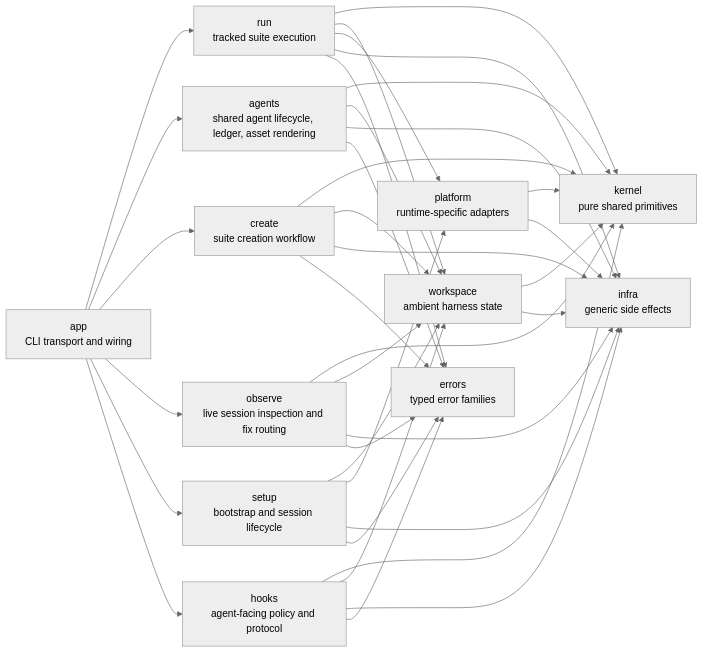
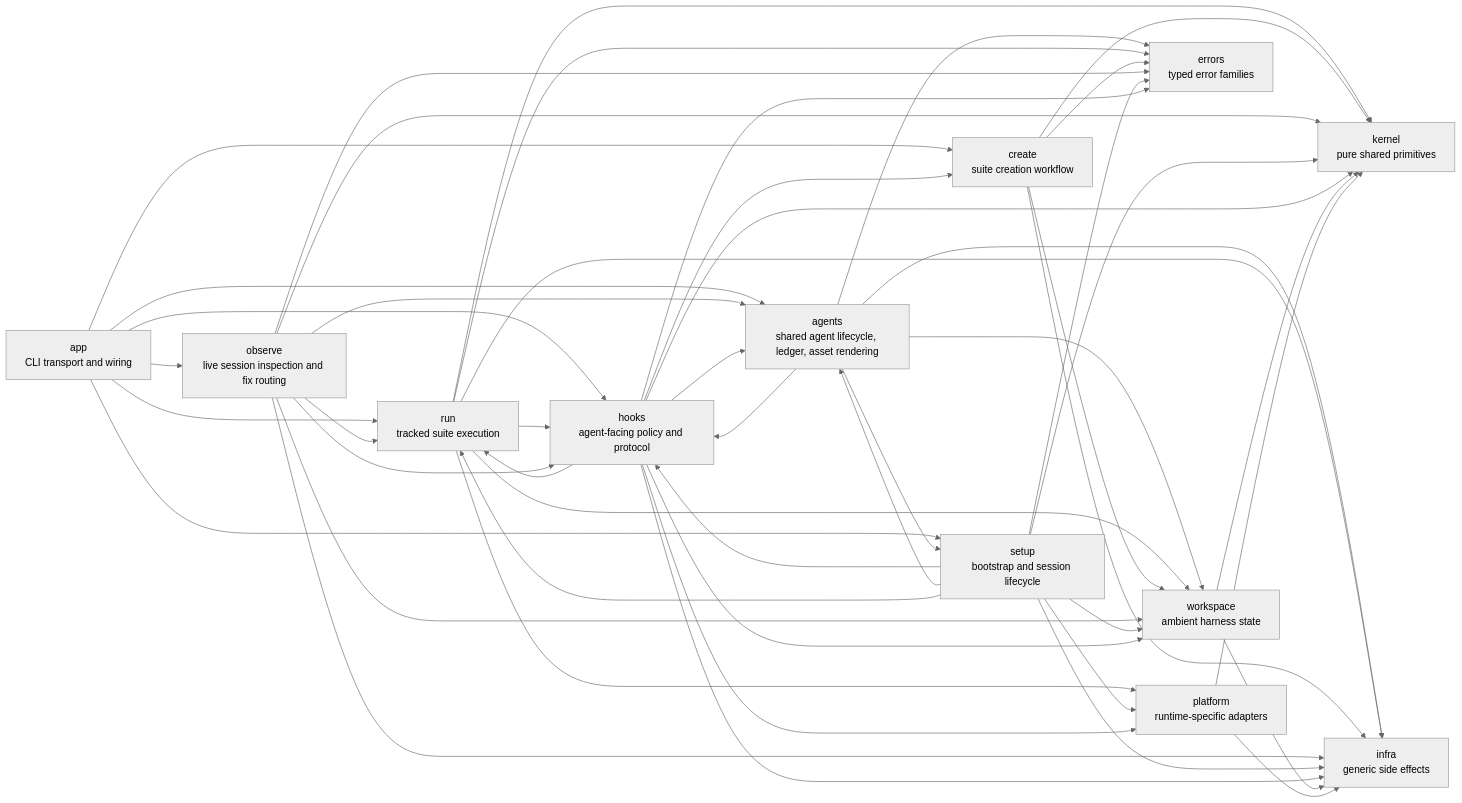
Before and after one commit to smykla-skalski/harness: the first of 3 diagrams in ARCHITECTURE.md, drawn with Mermaid (neutral theme). The commit also changed other lines of this file and 1 other file, not shown here.

Commit message:
docs(readme): rewrite with full command surface
README rewritten to document all 22 run subcommands, 4 observe
modes, gateway setup, agents lifecycle API, hook guards with the
actual denied binary list, runtime backend selection, and proper
XDG storage paths. Replaces the simplified "most people only need"
view with the complete picture.

ARCHITECTURE dependency diagram updated to match actual crate
imports: added 12 missing cross-domain arrows, removed 1 wrong
arrow (agents->kernel). Rules section now documents the
kernel->workspace violation and cross-domain read patterns.

````diff
--- a/ARCHITECTURE.md
+++ b/ARCHITECTURE.md
@@ -9,60 +9,73 @@
 ```mermaid
 flowchart LR
     App["app\nCLI transport and wiring"]
 
     Agents["agents\nshared agent lifecycle, ledger, asset rendering"]
     Run["run\ntracked suite execution"]
     Create["create\nsuite creation workflow"]
     Observe["observe\nlive session inspection and fix routing"]
     Setup["setup\nbootstrap and session lifecycle"]
     Hooks["hooks\nagent-facing policy and protocol"]
 
     Kernel["kernel\npure shared primitives"]
     Workspace["workspace\nambient harness state"]
     Platform["platform\nruntime-specific adapters"]
     Infra["infra\ngeneric side effects"]
     Errors["errors\ntyped error families"]
 
     App --> Run
     App --> Agents
     App --> Create
     App --> Observe
     App --> Setup
     App --> Hooks
 
-    Agents --> Kernel
+    Agents --> Hooks
+    Agents --> Setup
     Agents --> Workspace
     Agents --> Infra
     Agents --> Errors
 
+    Run --> Hooks
     Run --> Kernel
     Run --> Workspace
     Run --> Platform
     Run --> Infra
     Run --> Errors
 
     Create --> Kernel
     Create --> Workspace
     Create --> Infra
     Create --> Errors
 
+    Observe --> Hooks
+    Observe --> Agents
+    Observe --> Run
     Observe --> Kernel
     Observe --> Workspace
     Observe --> Infra
     Observe --> Errors
 
+    Setup --> Hooks
+    Setup --> Agents
+    Setup --> Run
+    Setup --> Kernel
     Setup --> Workspace
     Setup --> Platform
     Setup --> Infra
     Setup --> Errors
 
+    Hooks --> Run
+    Hooks --> Create
+    Hooks --> Agents
+    Hooks --> Platform
     Hooks --> Kernel
     Hooks --> Workspace
     Hooks --> Infra
     Hooks --> Errors
 
     Workspace --> Kernel
     Workspace --> Infra
     Platform --> Kernel
     Platform --> Infra
 ```
````
